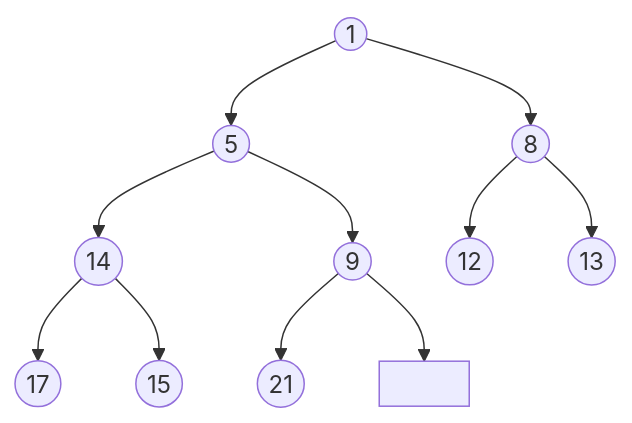
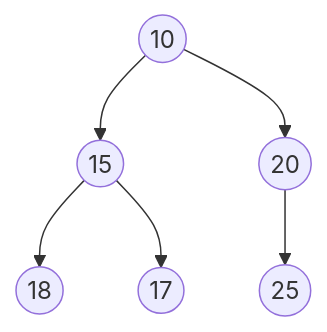
One commit to YCChenVictor/blog-frontend changed the second of 2 diagrams in _posts/software/data_structure_and_algorithm/2023-05-03-heap.md. Above: the diagram before and after it, drawn with Mermaid. The commit also changed other lines of this file and 28 other files, not shown here.

```diff
--- a/_posts/software/data_structure_and_algorithm/2023-05-03-heap.md
+++ b/_posts/software/data_structure_and_algorithm/2023-05-03-heap.md
@@ -47,17 +44,8 @@
   <div class="mermaid">
     graph TD
-      id1((1)) --> id2((5))
-      id1((1)) --> id3((8))
-    
-      id2((5)) --> id4((14))
-      id2((5)) --> id5((9))
-    
-      id4((14)) --> id6((17))
-      id4((14)) --> id7((15))
-  
-      id5((9)) --> id8((21))
-      id5((9)) --> STOP1[ ]
-  
-      id3((8)) --> id9((12))
-      id3((8)) --> id10((13))
+    B((10)) --> C((15))
+    B((10)) --> D((20))
+    C((15)) --> E((18))
+    C((15)) --> F((17))
+    D((20)) --> G((25))
   </div>
```
